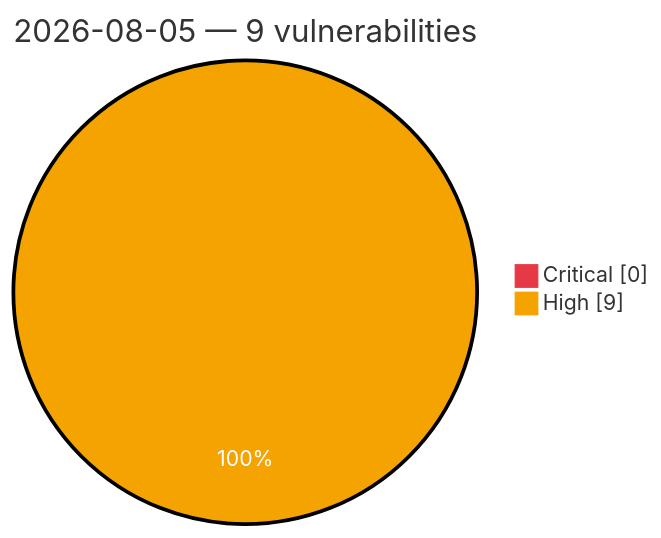
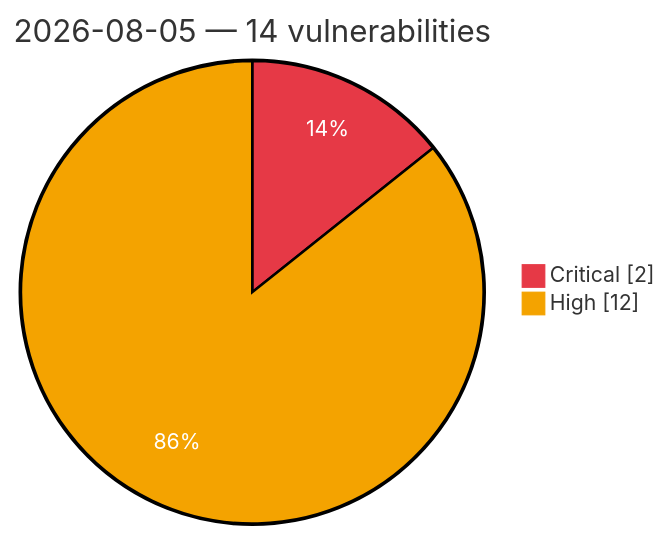
Before and after one commit to GhostX0X/vuln-tracker: the diagram in vulnerabilities/2026-08-05.md, drawn with Mermaid. The commit also changed other lines of this file and 2 other files, not shown here.

Commit message:
Auto update: critical/high vulns (2026-08-05 09:18 UTC)

````diff
--- a/vulnerabilities/2026-08-05.md
+++ b/vulnerabilities/2026-08-05.md
@@ -3,7 +3,7 @@
 ```mermaid
 %%{init: {'theme':'base', 'themeVariables': {'pie1':'#e63946', 'pie2':'#f4a300', 'pieOpacity':'1', 'pieOuterStrokeWidth':'2px', 'pieSectionTextColor':'#ffffff'}}}%%
 pie showData
-    title 2026-08-05 — 9 vulnerabilities
-    "Critical" : 0
-    "High" : 9
+    title 2026-08-05 — 14 vulnerabilities
+    "Critical" : 2
+    "High" : 12
 ```
````
